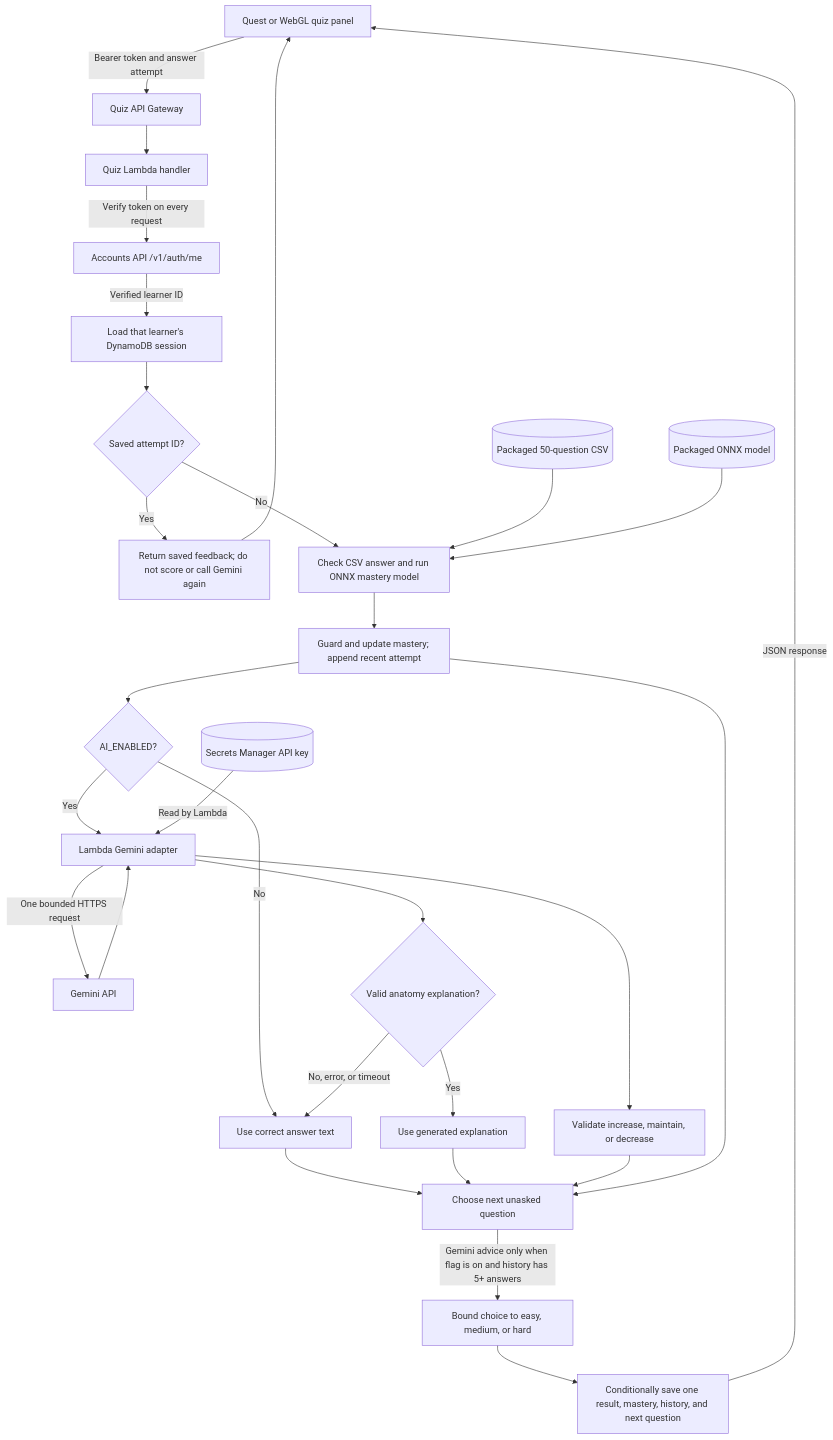
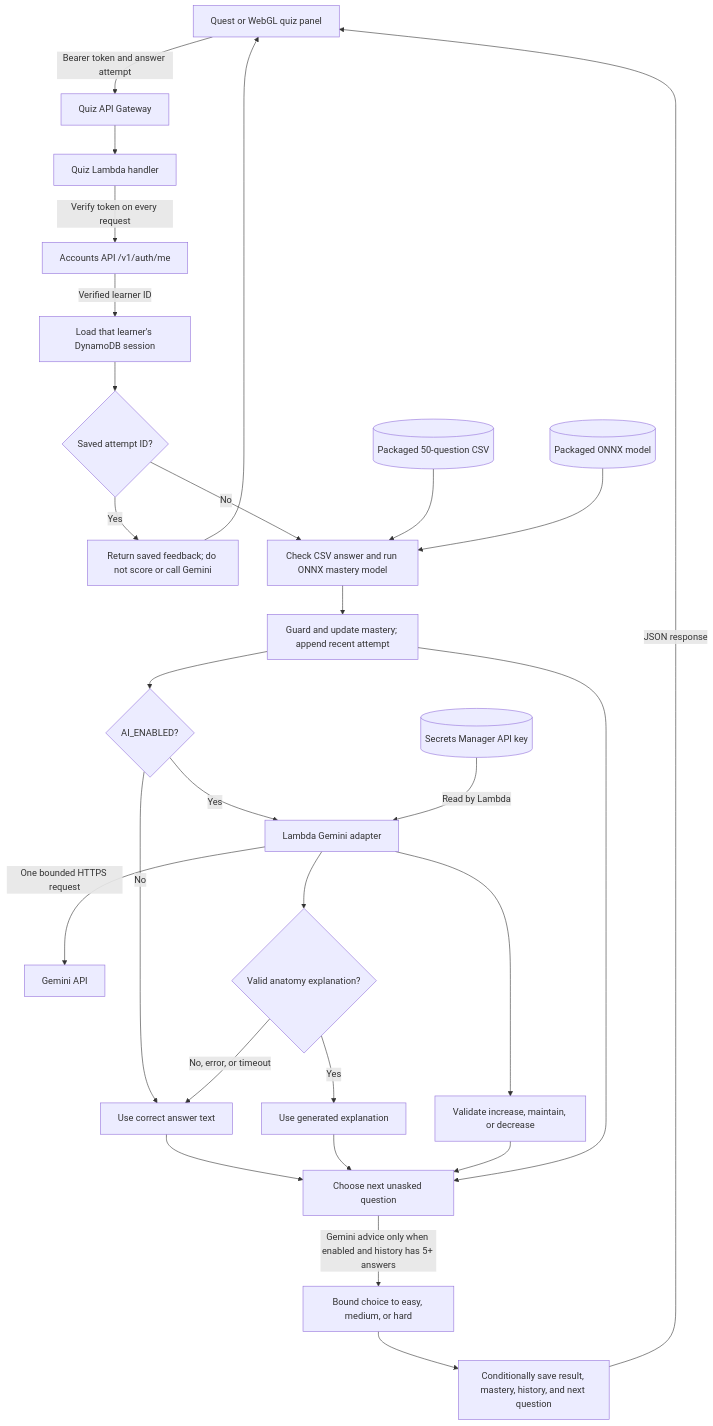
The diagram in Docs/QUIZ_AI_PIPELINE.md (harrywvu/Osteon), drawn with Mermaid before and after one commit. The commit also changed other lines of this file and 37 other files, not shown here.

````diff
--- a/Docs/QUIZ_AI_PIPELINE.md
+++ b/Docs/QUIZ_AI_PIPELINE.md
@@ -7,31 +6,30 @@
 ```mermaid
 flowchart TD
     Client[Quest or WebGL quiz panel] -->|Bearer token and answer attempt| Gateway[Quiz API Gateway]
     Gateway --> Handler[Quiz Lambda handler]
     Handler -->|Verify token on every request| Accounts[Accounts API /v1/auth/me]
     Accounts -->|Verified learner ID| Session[Load that learner's DynamoDB session]
     Session --> Retry{Saved attempt ID?}
-    Retry -->|Yes| Replay[Return saved feedback; do not score or call Gemini again]
+    Retry -->|Yes| Replay[Return saved feedback; do not score or call Gemini]
     Retry -->|No| Score[Check CSV answer and run ONNX mastery model]
     CSV[(Packaged 50-question CSV)] --> Score
     ONNX[(Packaged ONNX model)] --> Score
     Score --> Mastery[Guard and update mastery; append recent attempt]
     Mastery --> AI{AI_ENABLED?}
     AI -->|Yes| Gemini[Lambda Gemini adapter]
     Secret[(Secrets Manager API key)] -->|Read by Lambda| Gemini
     Gemini -->|One bounded HTTPS request| Provider[Gemini API]
-    Provider --> Gemini
     AI -->|No| Fallback[Use correct answer text]
     Gemini --> Validate{Valid anatomy explanation?}
     Validate -->|No, error, or timeout| Fallback
     Validate -->|Yes| Explanation[Use generated explanation]
     Gemini --> Advice[Validate increase, maintain, or decrease]
     Fallback --> Select[Choose next unasked question]
     Explanation --> Select
     Advice --> Select
     Mastery --> Select
-    Select -->|Gemini advice only when flag is on and history has 5+ answers| Tier[Bound choice to easy, medium, or hard]
-    Tier --> Save[Conditionally save one result, mastery, history, and next question]
+    Select -->|Gemini advice only when enabled and history has 5+ answers| Tier[Bound choice to easy, medium, or hard]
+    Tier --> Save[Conditionally save result, mastery, history, and next question]
     Save -->|JSON response| Client
     Replay --> Client
 ```
````
